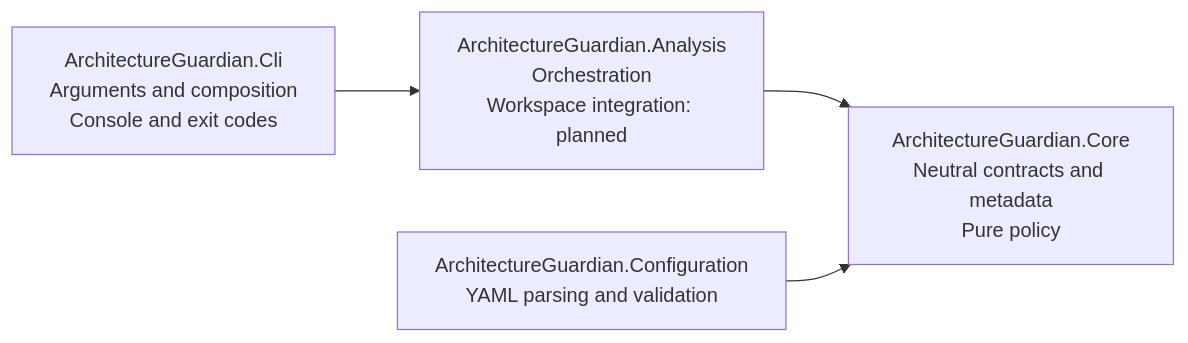
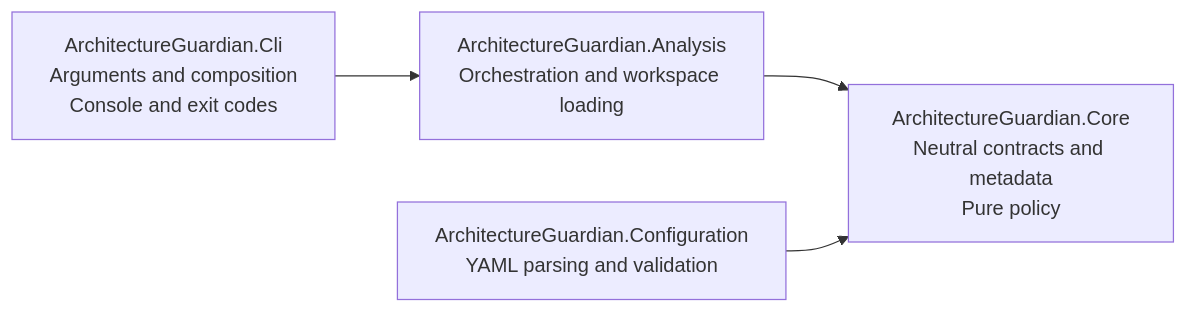
One commit to kbourzayq/arch-guard changed the first of 3 diagrams in docs/architecture/overview.md. Above: the diagram before and after it, drawn with Mermaid. The commit also changed other lines of this file and 36 other files, not shown here.

Commit message:
feat(analysis): implement F04 workspace loading

````diff
--- a/docs/architecture/overview.md
+++ b/docs/architecture/overview.md
@@ -31,11 +31,11 @@
 ```mermaid
 flowchart LR
     Cli["ArchitectureGuardian.Cli<br/>Arguments and composition<br/>Console and exit codes"]
-    Analysis["ArchitectureGuardian.Analysis<br/>Orchestration<br/>Workspace integration: planned"]
+    Analysis["ArchitectureGuardian.Analysis<br/>Orchestration and workspace loading"]
     Core["ArchitectureGuardian.Core<br/>Neutral contracts and metadata<br/>Pure policy"]
     Configuration["ArchitectureGuardian.Configuration<br/>YAML parsing and validation"]
 
     Cli --> Analysis
     Analysis --> Core
     Configuration --> Core
 ```
````
